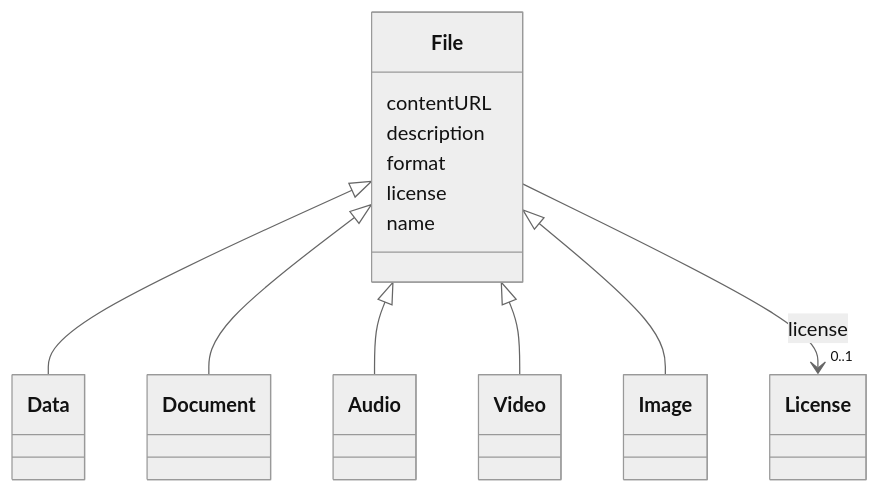
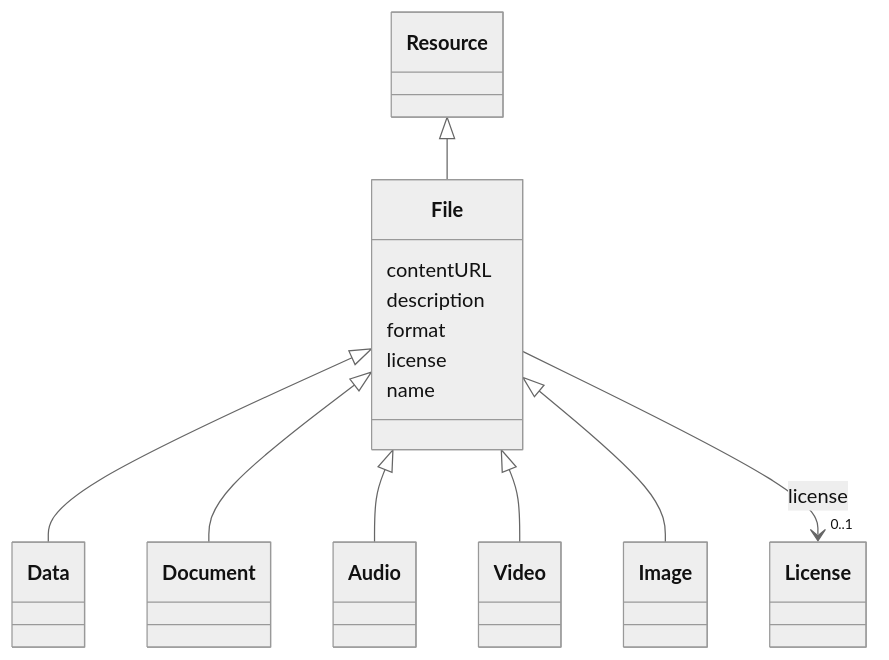
Before and after one commit to EVORA-project/evora-ontology: the diagram in models/docs/File.md, drawn with Mermaid (neutral theme). The commit also changed other lines of this file and 208 other files, not shown here.

````diff
--- a/models/docs/File.md
+++ b/models/docs/File.md
@@ -21,34 +21,39 @@
 ```mermaid
  classDiagram
     class File
     click File href "../File"
+      Resource <|-- File
+        click Resource href "../Resource"
+      
+
       File <|-- Data
         click Data href "../Data"
       File <|-- Document
         click Document href "../Document"
       File <|-- Audio
         click Audio href "../Audio"
       File <|-- Video
         click Video href "../Video"
       File <|-- Image
         click Image href "../Image"
+      
       
       File : contentURL
         
       File : description
         
       File : format
         
       File : license
         
           
     
     
     File --> "0..1" License : license
     click License href "../License"
 
         
       File : name
         
       
 ```
````
